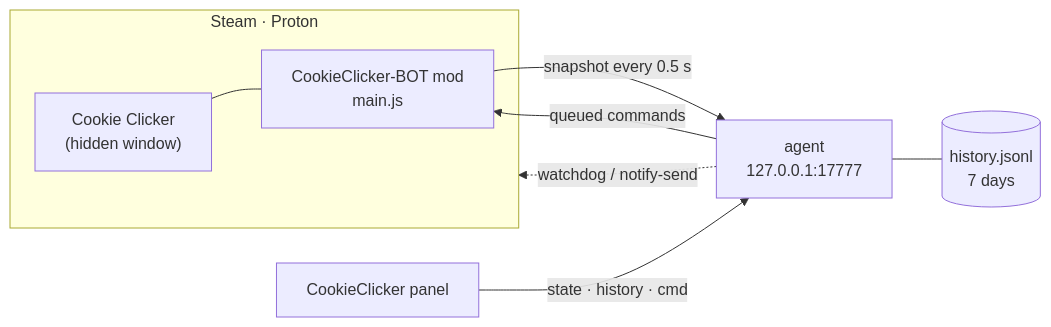
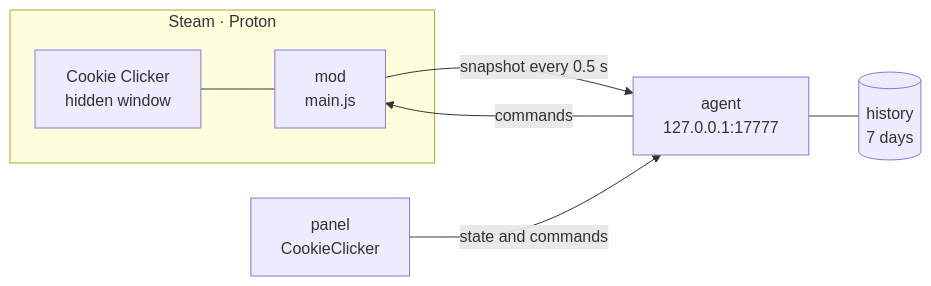
Before and after one commit to d1sold/CookieClicker-BOT: the diagram in README.en.md, drawn with Mermaid. The commit also changed other lines of this file and 1 other file, not shown here.

````diff
--- a/README.en.md
+++ b/README.en.md
@@ -92,11 +58,10 @@
 ```mermaid
 flowchart LR
     subgraph Steam["Steam · Proton"]
-        G["Cookie Clicker<br/>(hidden window)"] --- M["CookieClicker-BOT mod<br/>main.js"]
+        G["Cookie Clicker<br/>hidden window"] --- M["mod<br/>main.js"]
     end
     M -- "snapshot every 0.5 s" --> A["agent<br/>127.0.0.1:17777"]
-    A -- "queued commands" --> M
-    A --- D[("history.jsonl<br/>7 days")]
-    P["CookieClicker panel"] -- "state · history · cmd" --> A
-    A -. "watchdog / notify-send" .-> Steam
+    A -- "commands" --> M
+    A --- D[("history<br/>7 days")]
+    P["panel<br/>CookieClicker"] -- "state and commands" --> A
 ```
````
